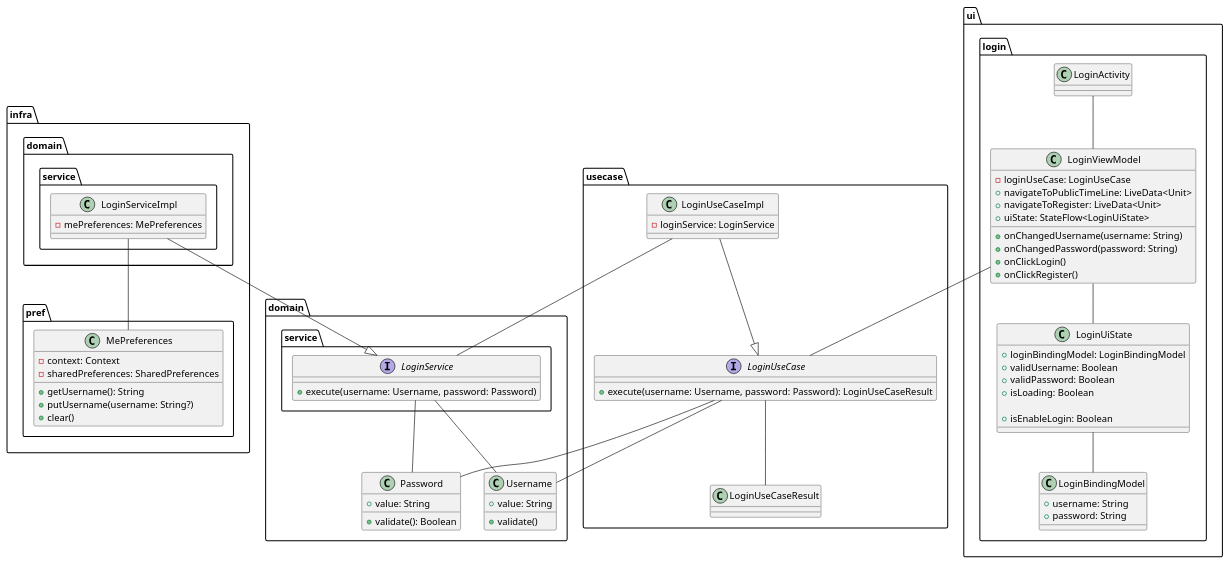
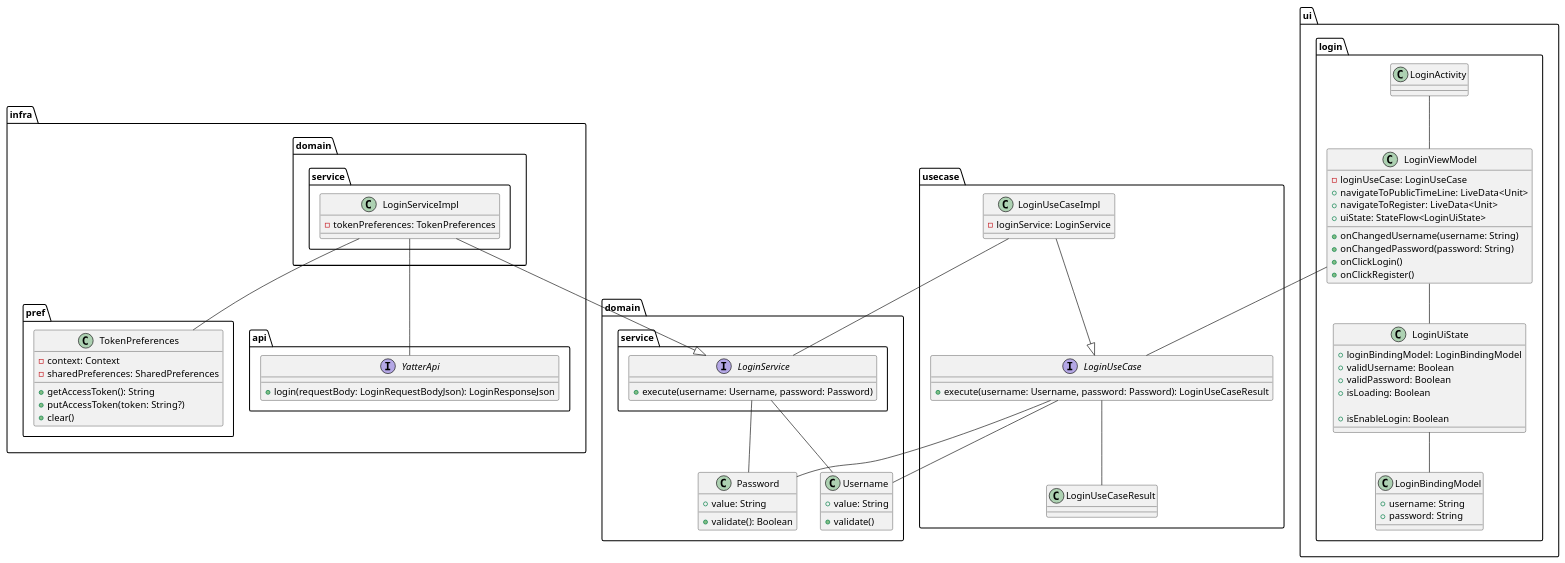
Before and after one commit to suzukibelltree/Yatter2025-Internship: the diagram in design/login.puml, drawn with PlantUML.

Commit message:
クラス図修正

```diff
--- a/design/login.puml
+++ b/design/login.puml
@@ -1,101 +1,108 @@
 @startuml
 
 package domain {
   class Password {
     + value: String
     + validate(): Boolean
   }
 
   class Username {
     + value: String
     + validate()
   }
 
   package service {
     interface LoginService {
       + execute(username: Username, password: Password)
     }
   }
 }
 
 package infra {
   package pref {
-    class MePreferences {
+    class TokenPreferences {
       - context: Context
       - sharedPreferences: SharedPreferences
-      + getUsername(): String
-      + putUsername(username: String?)
+      + getAccessToken(): String
+      + putAccessToken(token: String?)
       + clear()
     }
   }
 
   package domain {
     package service {
       class LoginServiceImpl {
-        - mePreferences: MePreferences
+        - tokenPreferences: TokenPreferences
       }
+    }
+  }
+
+  package api {
+    interface YatterApi {
+      + login(requestBody: LoginRequestBodyJson): LoginResponseJson
     }
   }
 }
 
 package usecase {
   interface LoginUseCase {
     + execute(username: Username, password: Password): LoginUseCaseResult
   }
 
   class LoginUseCaseImpl {
     - loginService: LoginService
   }
 
   class LoginUseCaseResult {
   }
 }
 
 package ui {
   package login {
     class LoginActivity
     class LoginViewModel {
       - loginUseCase: LoginUseCase
       + navigateToPublicTimeLine: LiveData<Unit>
       + navigateToRegister: LiveData<Unit>
       + uiState: StateFlow<LoginUiState>
 
       + onChangedUsername(username: String)
       + onChangedPassword(password: String)
       + onClickLogin()
       + onClickRegister()
     }
     class LoginUiState {
       + loginBindingModel: LoginBindingModel
       + validUsername: Boolean
       + validPassword: Boolean
       + isLoading: Boolean
 
       + isEnableLogin: Boolean
     }
     class LoginBindingModel {
       + username: String
       + password: String
     }
   }
 }
 
-LoginServiceImpl -- MePreferences
+LoginServiceImpl -- TokenPreferences
+LoginServiceImpl -- YatterApi
 LoginServiceImpl --|> LoginService
 
 LoginActivity -- LoginViewModel
 LoginViewModel -- LoginUseCase
 LoginViewModel -- LoginUiState
 LoginUiState -- LoginBindingModel
 
 LoginUseCaseImpl -- LoginService
 LoginUseCaseImpl --|> LoginUseCase
 
 LoginUseCase -- LoginUseCaseResult
 
 LoginUseCase -- Username
 LoginUseCase -- Password
 
 LoginService -- Username
 LoginService -- Password
 @enduml
```
